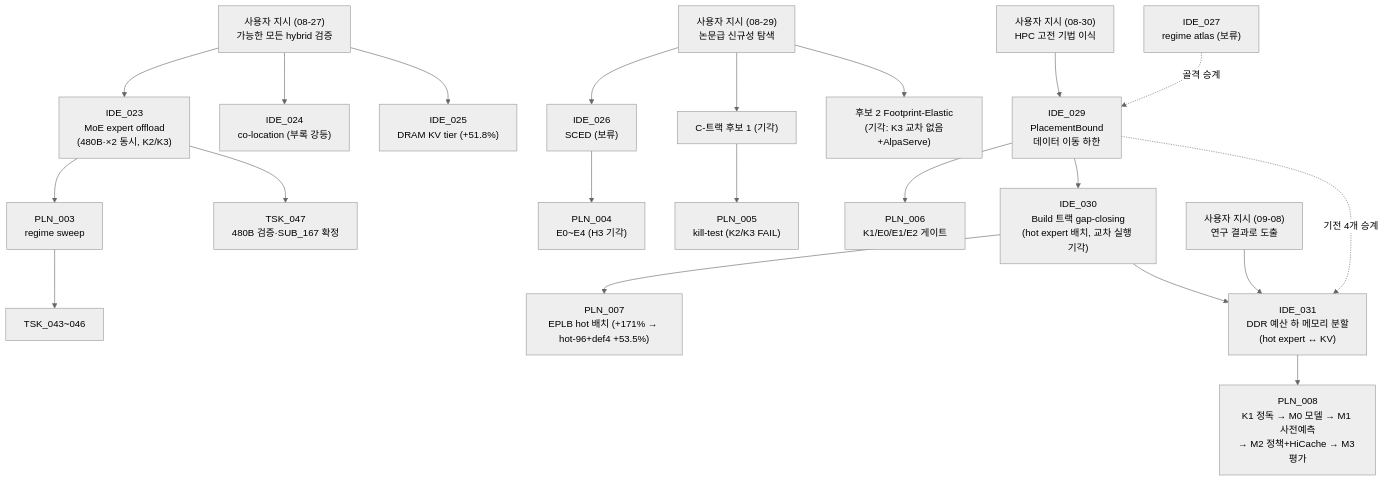
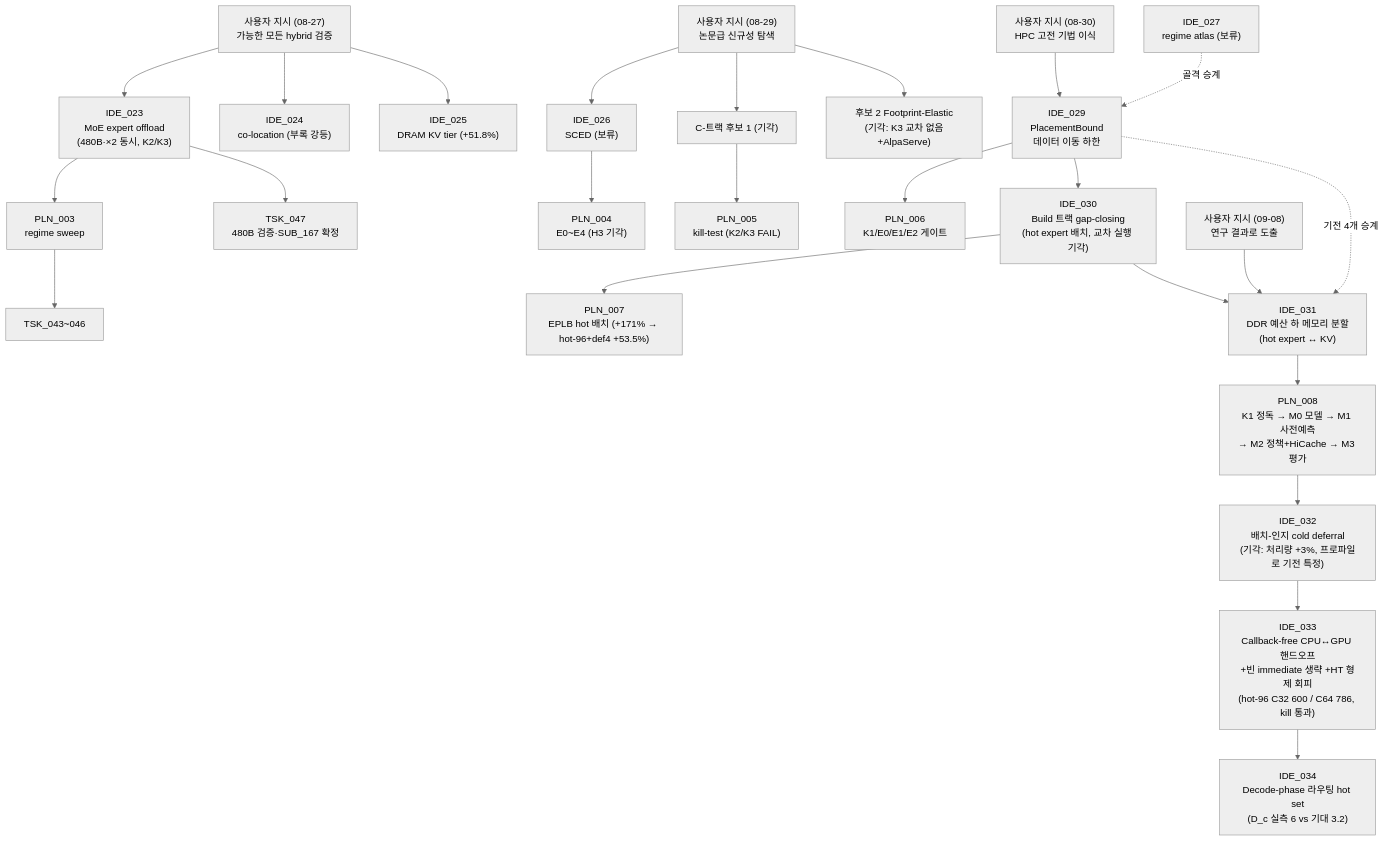
Before and after one commit to mystous/vllm_hybrid: the second of 2 diagrams in shadow_assists/README.md, drawn with Mermaid (neutral theme).

Commit message:
docs(README): Trace 트리에 IDE_032/033/034 추가
Claude-Session: https://claude.ai/code/session_01DLNvsR6jaGRWLwGy64zHCh

````diff
--- a/shadow_assists/README.md
+++ b/shadow_assists/README.md
@@ -270,23 +270,26 @@
 ```mermaid
 graph TD
     U27["사용자 지시 (08-27)<br/>가능한 모든 hybrid 검증"] --> IDE_023["IDE_023<br/>MoE expert offload<br/>(480B·×2 동시, K2/K3)"]
     U27 --> IDE_024["IDE_024<br/>co-location (부록 강등)"]
     U27 --> IDE_025["IDE_025<br/>DRAM KV tier (+51.8%)"]
     IDE_023 --> PLN_003["PLN_003<br/>regime sweep"]
     PLN_003 --> TSK_043["TSK_043~046"]
     IDE_023 --> TSK_047["TSK_047<br/>480B 검증·SUB_167 확정"]
     UN["사용자 지시 (08-29)<br/>논문급 신규성 탐색"] --> IDE_026["IDE_026<br/>SCED (보류)"]
     IDE_026 --> PLN_004["PLN_004<br/>E0~E4 (H3 기각)"]
     UN --> C1["C-트랙 후보 1 (기각)"]
     C1 --> PLN_005["PLN_005<br/>kill-test (K2/K3 FAIL)"]
     UN --> FP["후보 2 Footprint-Elastic<br/>(기각: K3 교차 없음+AlpaServe)"]
     UH["사용자 지시 (08-30)<br/>HPC 고전 기법 이식"] --> IDE_029["IDE_029<br/>PlacementBound<br/>데이터 이동 하한"]
     IDE_027["IDE_027<br/>regime atlas (보류)"] -.골격 승계.-> IDE_029
     IDE_029 --> PLN_006["PLN_006<br/>K1/E0/E1/E2 게이트"]
     IDE_029 --> IDE_030["IDE_030<br/>Build 트랙 gap-closing<br/>(hot expert 배치, 교차 실행 기각)"]
     IDE_030 --> PLN_007["PLN_007<br/>EPLB hot 배치 (+171% → hot-96+def4 +53.5%)"]
     UP["사용자 지시 (09-08)<br/>연구 결과로 도출"] --> IDE_031["IDE_031<br/>DDR 예산 하 메모리 분할<br/>(hot expert ↔ KV)"]
     IDE_030 --> IDE_031
     IDE_029 -.기전 4개 승계.-> IDE_031
     IDE_031 --> PLN_008["PLN_008<br/>K1 정독 → M0 모델 → M1 사전예측<br/>→ M2 정책+HiCache → M3 평가"]
+    PLN_008 --> IDE_032["IDE_032<br/>배치-인지 cold deferral<br/>(기각: 처리량 +3%, 프로파일로 기전 특정)"]
+    IDE_032 --> IDE_033["IDE_033<br/>Callback-free CPU↔GPU 핸드오프<br/>+빈 immediate 생략 +HT 형제 회피<br/>(hot-96 C32 600 / C64 786, kill 통과)"]
+    IDE_033 --> IDE_034["IDE_034<br/>Decode-phase 라우팅 hot set<br/>(D_c 실측 6 vs 기대 3.2)"]
 ```
````
